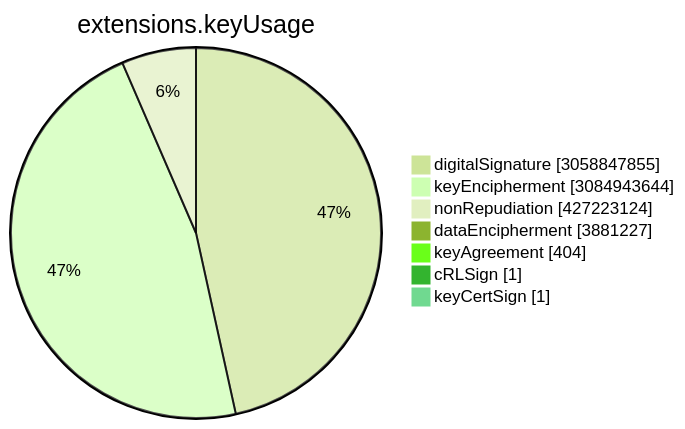
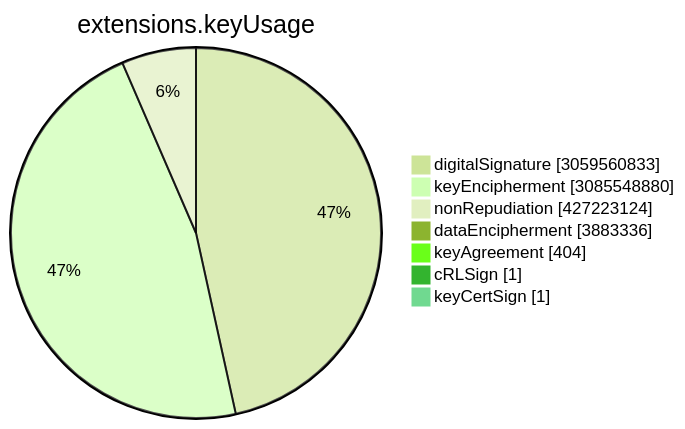
The sixth of 15 diagrams in TOTAL/README.md (christiankrug/ctmonitor_visualization), drawn with Mermaid (forest theme) before and after one commit. The commit also changed other lines of this file, not shown here.

````diff
--- a/TOTAL/README.md
+++ b/TOTAL/README.md
@@ -3077,11 +3077,11 @@
 ```mermaid
 pie showData
 title extensions.keyUsage
-"digitalSignature" :3058847855
-"keyEncipherment" :3084943644
+"digitalSignature" :3059560833
+"keyEncipherment" :3085548880
 "nonRepudiation" :427223124
-"dataEncipherment" :3881227
+"dataEncipherment" :3883336
 "keyAgreement" :404
 "cRLSign" :1
 "keyCertSign" :1
 ```
````
